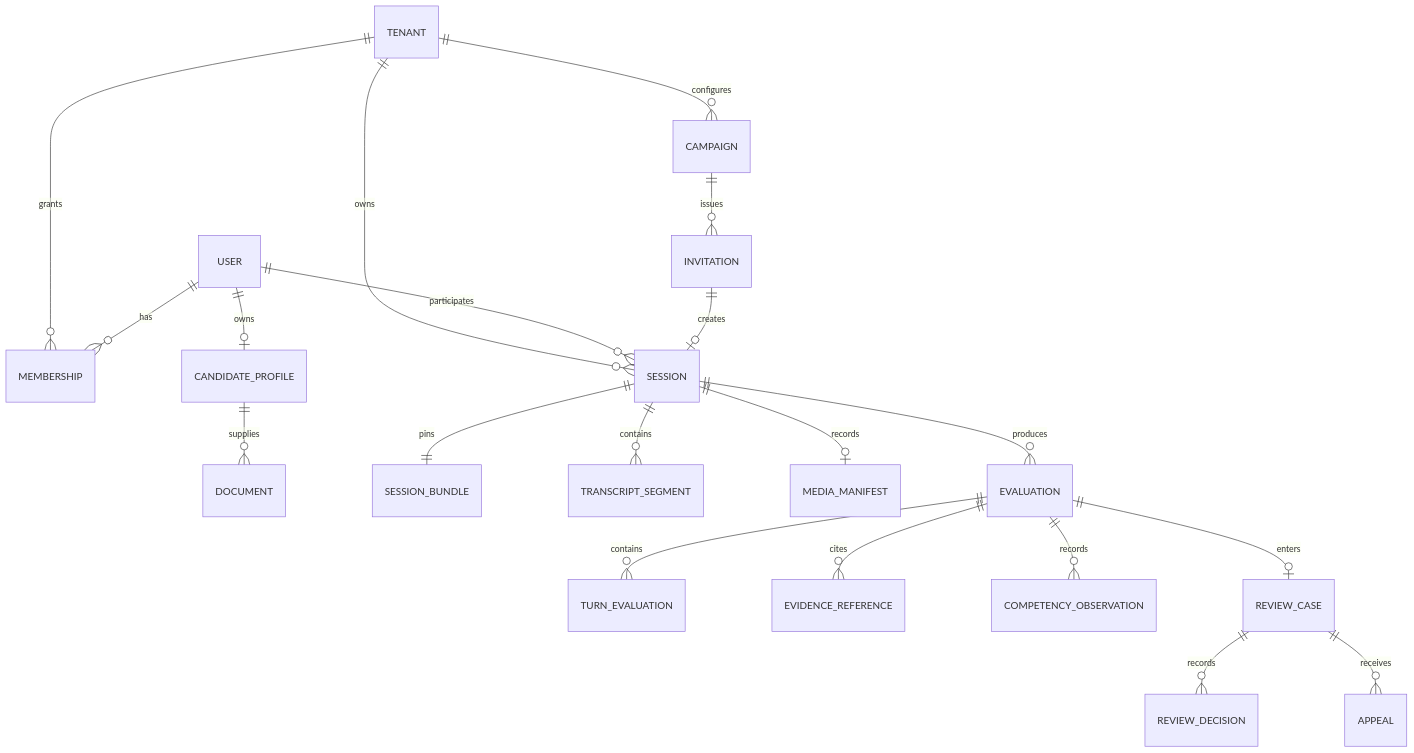
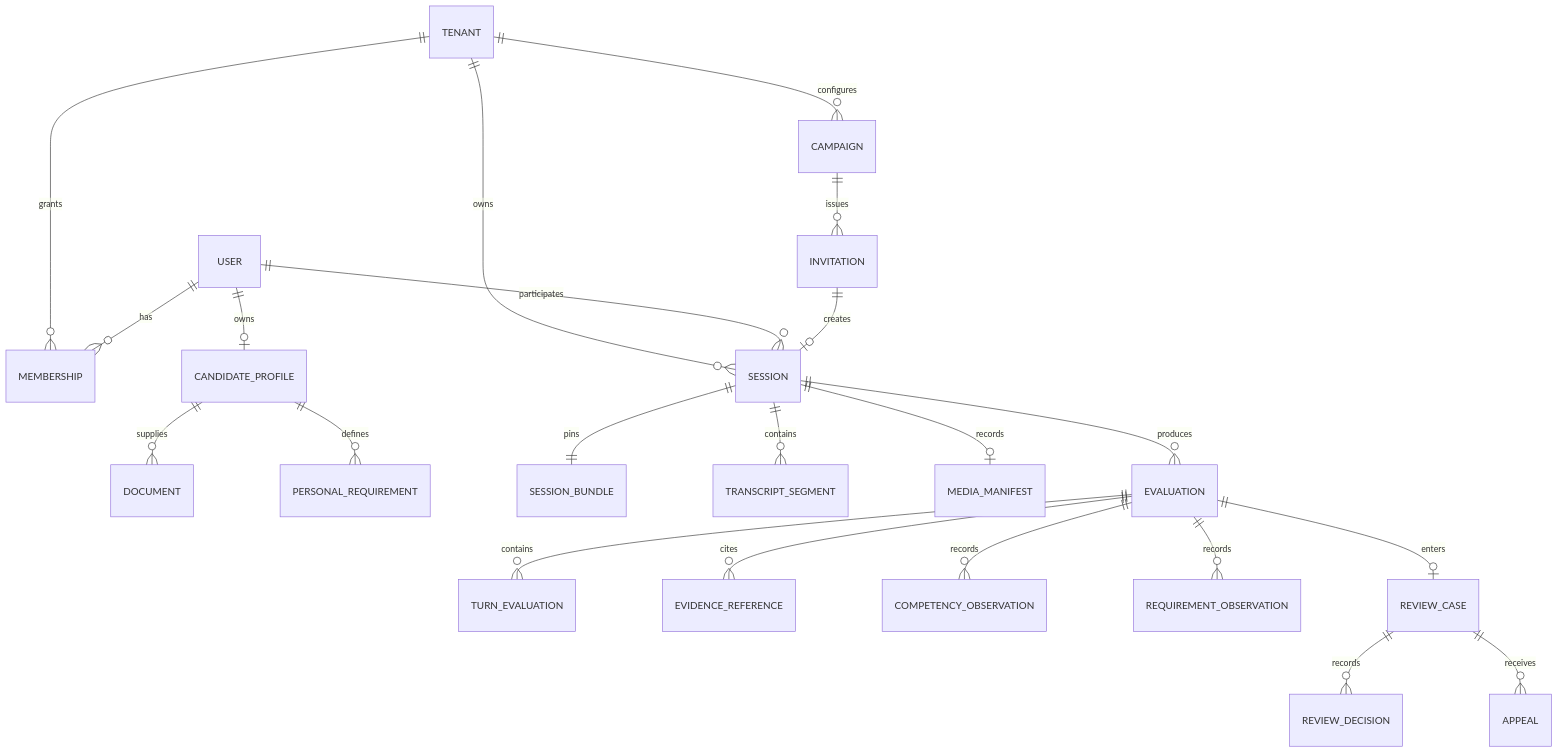
Before and after one commit to Yelethe1st/prepeet: the diagram in docs/architecture/domain-model.md, drawn with Mermaid. The commit also changed other lines of this file and 31 other files, not shown here.

````diff
--- a/docs/architecture/domain-model.md
+++ b/docs/architecture/domain-model.md
@@ -26,22 +26,24 @@
 ```mermaid
 erDiagram
     USER ||--o{ MEMBERSHIP : has
     TENANT ||--o{ MEMBERSHIP : grants
     USER ||--o| CANDIDATE_PROFILE : owns
     CANDIDATE_PROFILE ||--o{ DOCUMENT : supplies
+    CANDIDATE_PROFILE ||--o{ PERSONAL_REQUIREMENT : defines
     TENANT ||--o{ CAMPAIGN : configures
     CAMPAIGN ||--o{ INVITATION : issues
     INVITATION ||--o| SESSION : creates
     USER ||--o{ SESSION : participates
     TENANT ||--o{ SESSION : owns
     SESSION ||--|| SESSION_BUNDLE : pins
     SESSION ||--o{ TRANSCRIPT_SEGMENT : contains
     SESSION ||--o| MEDIA_MANIFEST : records
     SESSION ||--o{ EVALUATION : produces
     EVALUATION ||--o{ TURN_EVALUATION : contains
     EVALUATION ||--o{ EVIDENCE_REFERENCE : cites
     EVALUATION ||--o{ COMPETENCY_OBSERVATION : records
+    EVALUATION ||--o{ REQUIREMENT_OBSERVATION : records
     EVALUATION ||--o| REVIEW_CASE : enters
     REVIEW_CASE ||--o{ REVIEW_DECISION : records
     REVIEW_CASE ||--o{ APPEAL : receives
 ```
````
